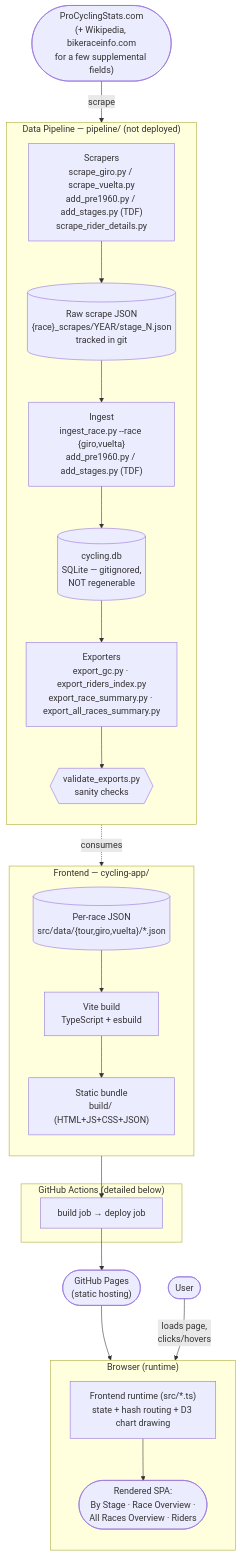
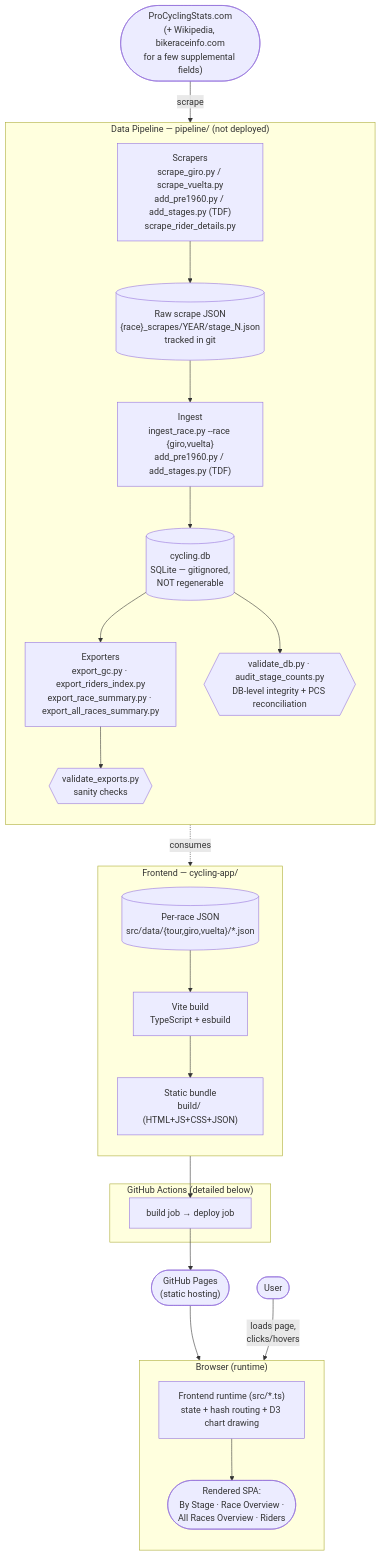
One commit to eshiflet/tdf-analytics changed the first of 3 diagrams in architecture.md. Above: the diagram before and after it, drawn with Mermaid. The commit also changed other lines of this file and 1 other file, not shown here.

First line of the commit message:
Document the August 2026 correctness pass in ai-context.md and architecture.md

````diff
--- a/architecture.md
+++ b/architecture.md
@@ -11,45 +11,47 @@
 ```mermaid
 flowchart TD
     PCS(["ProCyclingStats.com<br/>(+ Wikipedia, bikeraceinfo.com<br/>for a few supplemental fields)"])
 
     subgraph PIPELINE["Data Pipeline — pipeline/ (not deployed)"]
         direction TB
         SCRAPE["Scrapers<br/>scrape_giro.py / scrape_vuelta.py<br/>add_pre1960.py / add_stages.py (TDF)<br/>scrape_rider_details.py"]
         RAW[("Raw scrape JSON<br/>{race}_scrapes/YEAR/stage_N.json<br/>tracked in git")]
         INGEST["Ingest<br/>ingest_race.py --race {giro,vuelta}<br/>add_pre1960.py / add_stages.py (TDF)"]
         DB[("cycling.db<br/>SQLite — gitignored,<br/>NOT regenerable")]
         EXPORT["Exporters<br/>export_gc.py · export_riders_index.py<br/>export_race_summary.py · export_all_races_summary.py"]
         VALIDATE{{"validate_exports.py<br/>sanity checks"}}
+        DBCHECK{{"validate_db.py · audit_stage_counts.py<br/>DB-level integrity + PCS reconciliation"}}
 
         SCRAPE --> RAW --> INGEST --> DB --> EXPORT --> VALIDATE
+        DB --> DBCHECK
     end
 
     subgraph FRONTEND["Frontend — cycling-app/"]
         direction TB
         DATA[("Per-race JSON<br/>src/data/{tour,giro,vuelta}/*.json")]
         VITE["Vite build<br/>TypeScript + esbuild"]
         BUNDLE["Static bundle<br/>build/ (HTML+JS+CSS+JSON)"]
 
         DATA --> VITE --> BUNDLE
     end
 
     subgraph CI["GitHub Actions (detailed below)"]
         GHA["build job → deploy job"]
     end
 
     PAGES(["GitHub Pages<br/>(static hosting)"])
 
     subgraph CLIENT["Browser (runtime)"]
         direction TB
         MAINTS["Frontend runtime (src/*.ts)<br/>state + hash routing + D3 chart drawing"]
         DOM(["Rendered SPA:<br/>By Stage · Race Overview ·<br/>All Races Overview · Riders"])
         MAINTS --> DOM
     end
 
     USER(["User"])
 
     PCS -->|scrape| SCRAPE
     VALIDATE -.->|consumes| DATA
     BUNDLE --> GHA --> PAGES --> MAINTS
     USER -->|"loads page,<br/>clicks/hovers"| DOM
 ```
````
